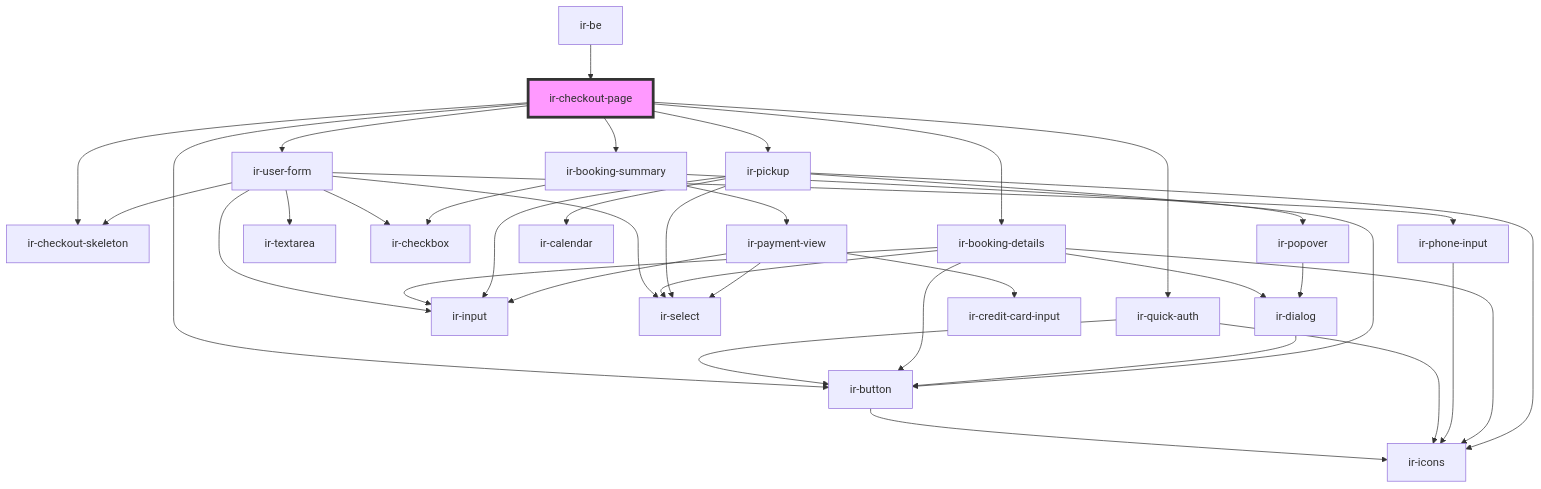
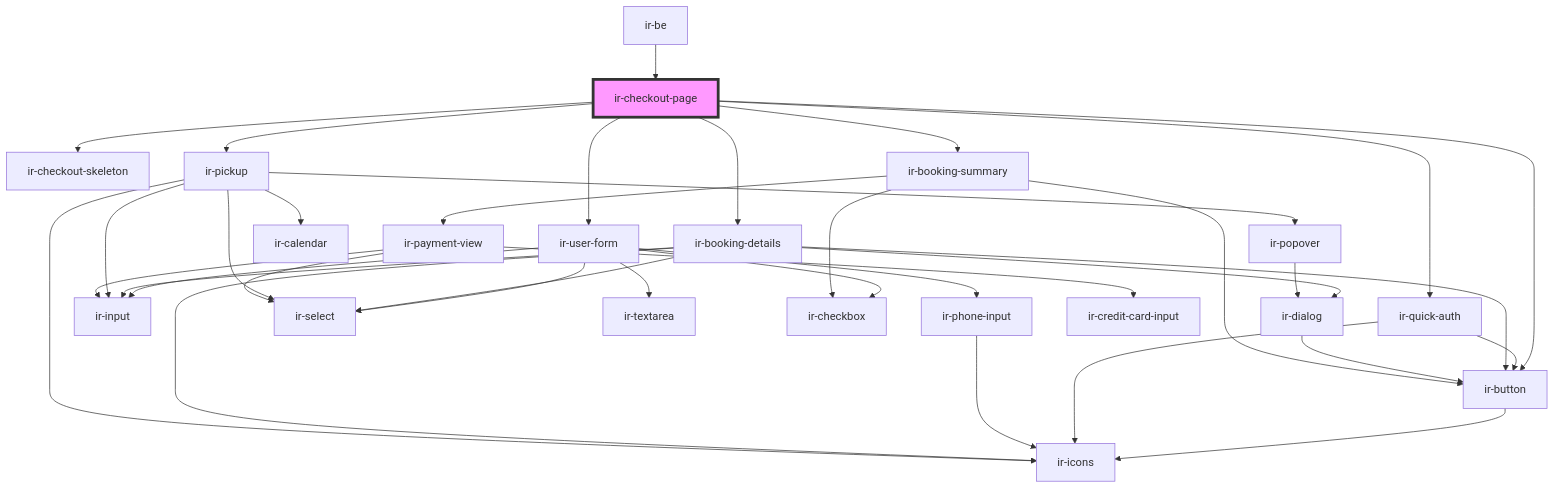
Before and after one commit to RonyRizk/ir-be: the diagram in src/components/ir-booking-engine/ir-checkout-page/readme.md, drawn with Mermaid. The commit also changed 10 other files, not shown here.

````diff
--- a/src/components/ir-booking-engine/ir-checkout-page/readme.md
+++ b/src/components/ir-booking-engine/ir-checkout-page/readme.md
@@ -32,40 +32,39 @@
 ```mermaid
 graph TD;
   ir-checkout-page --> ir-checkout-skeleton
   ir-checkout-page --> ir-button
   ir-checkout-page --> ir-quick-auth
   ir-checkout-page --> ir-user-form
   ir-checkout-page --> ir-booking-details
   ir-checkout-page --> ir-pickup
   ir-checkout-page --> ir-booking-summary
   ir-button --> ir-icons
   ir-quick-auth --> ir-icons
   ir-quick-auth --> ir-button
-  ir-user-form --> ir-checkout-skeleton
   ir-user-form --> ir-input
   ir-user-form --> ir-phone-input
   ir-user-form --> ir-select
   ir-user-form --> ir-textarea
   ir-user-form --> ir-checkbox
   ir-phone-input --> ir-icons
   ir-booking-details --> ir-icons
   ir-booking-details --> ir-select
   ir-booking-details --> ir-button
   ir-booking-details --> ir-input
   ir-booking-details --> ir-dialog
   ir-dialog --> ir-button
   ir-pickup --> ir-icons
   ir-pickup --> ir-select
   ir-pickup --> ir-popover
   ir-pickup --> ir-calendar
   ir-pickup --> ir-input
   ir-popover --> ir-dialog
   ir-booking-summary --> ir-button
   ir-booking-summary --> ir-payment-view
   ir-booking-summary --> ir-checkbox
   ir-payment-view --> ir-input
   ir-payment-view --> ir-credit-card-input
   ir-payment-view --> ir-select
   ir-be --> ir-checkout-page
   style ir-checkout-page fill:#f9f,stroke:#333,stroke-width:4px
 ```
````
